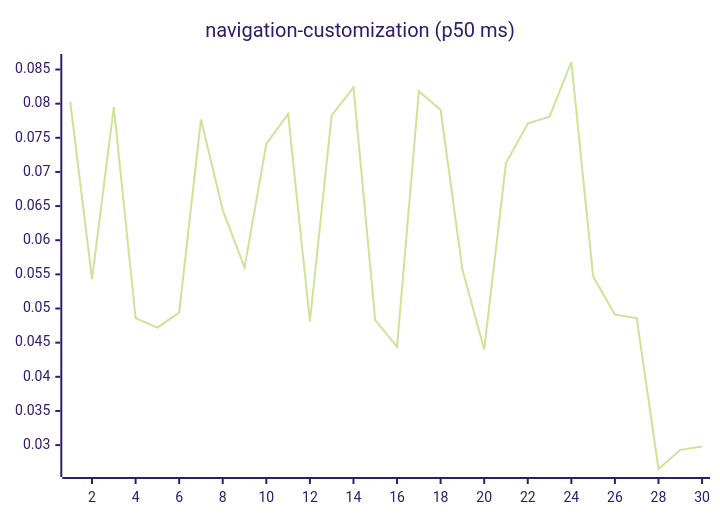
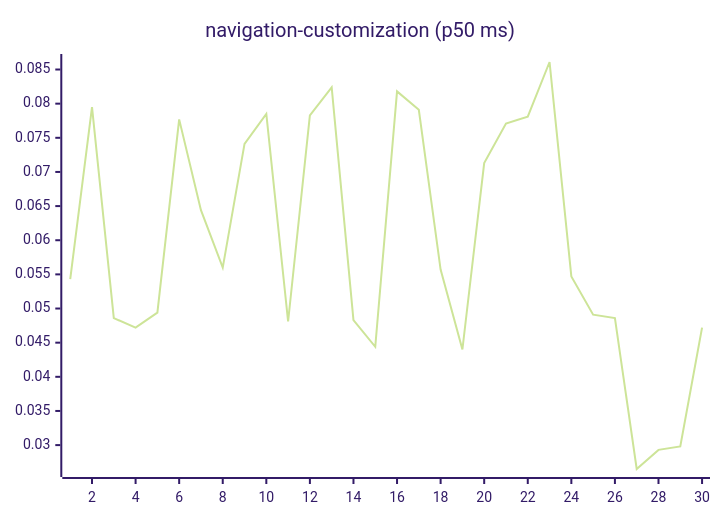
One commit to josha/Facet changed diagram 15 of 27 in README.md. Above: the diagram before and after it, drawn with Mermaid (forest theme). The commit also changed other lines of this file and 2 other files, not shown here.

````diff
--- a/README.md
+++ b/README.md
@@ -161,6 +161,6 @@
 ```mermaid
 xychart-beta
     title "navigation-customization (p50 ms)"
     x-axis 1 --> 30
-    line [0.0803, 0.0543, 0.0795, 0.0486, 0.0472, 0.0494, 0.0777, 0.0644, 0.0560, 0.0741, 0.0785, 0.0481, 0.0783, 0.0824, 0.0483, 0.0444, 0.0818, 0.0791, 0.0557, 0.0440, 0.0713, 0.0771, 0.0781, 0.0861, 0.0547, 0.0491, 0.0486, 0.0265, 0.0293, 0.0298]
+    line [0.0543, 0.0795, 0.0486, 0.0472, 0.0494, 0.0777, 0.0644, 0.0560, 0.0741, 0.0785, 0.0481, 0.0783, 0.0824, 0.0483, 0.0444, 0.0818, 0.0791, 0.0557, 0.0440, 0.0713, 0.0771, 0.0781, 0.0861, 0.0547, 0.0491, 0.0486, 0.0265, 0.0293, 0.0298, 0.0472]
 ```
````
